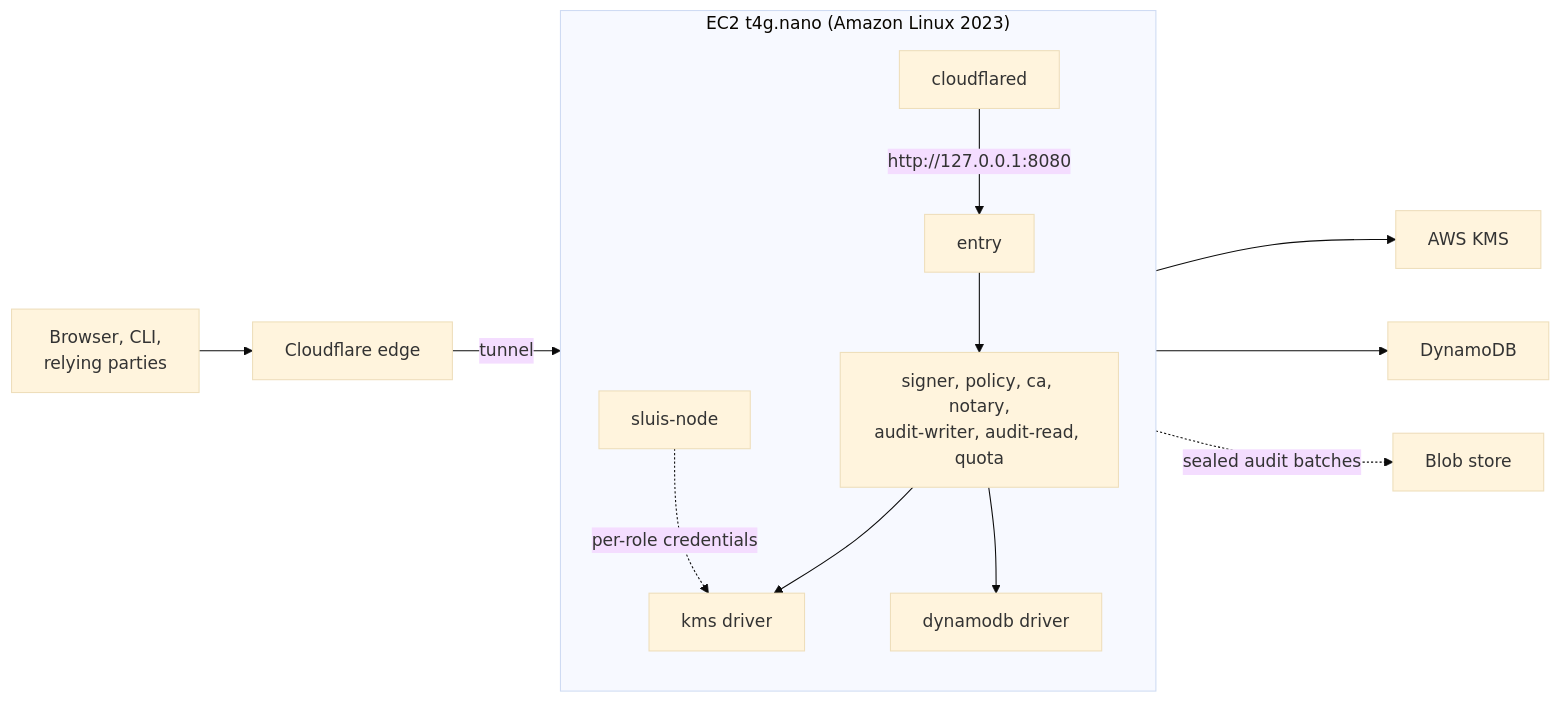
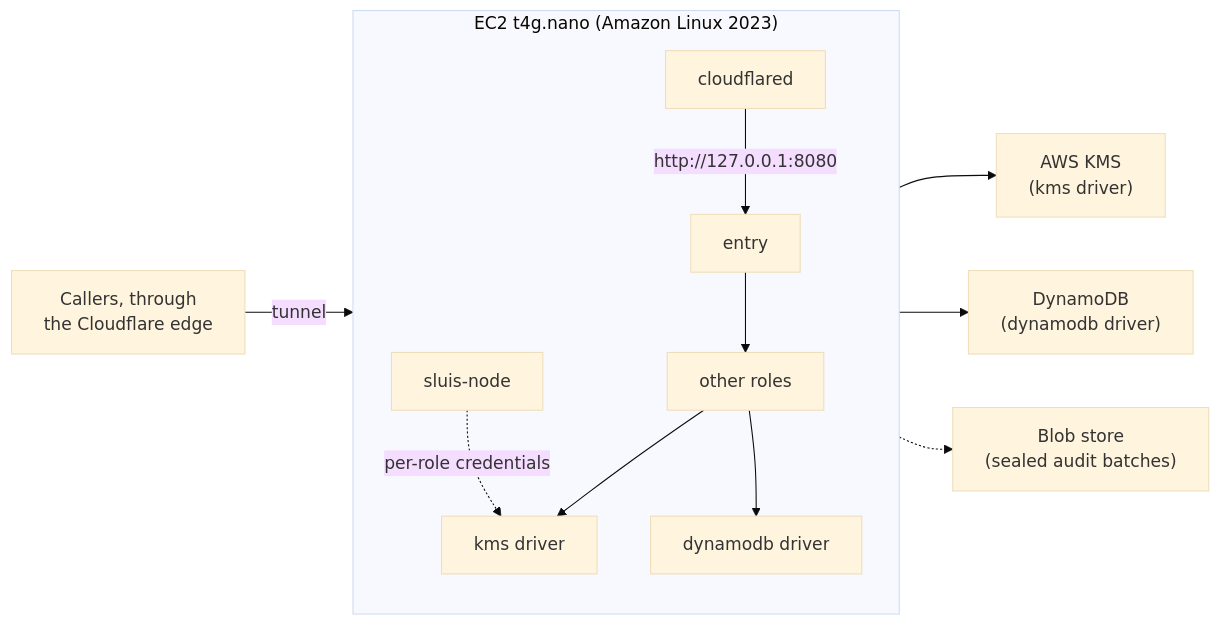
One commit to truvity/sluis changed the diagram in docs/shapes/aws-ec2-single.md. Above: the diagram before and after it, drawn with Mermaid (base theme). The commit also changed other lines of this file and 6 other files, not shown here.

First line of the commit message:
docs(site): split oversized diagrams into steps and shorten labels

````diff
--- a/docs/shapes/aws-ec2-single.md
+++ b/docs/shapes/aws-ec2-single.md
@@ -13,22 +13,21 @@
 ```mermaid
 flowchart LR
-  user["Browser, CLI,<br/>relying parties"] --> cf["Cloudflare edge"]
-  cf -- "tunnel" --> cfd
+  cf["Callers, through<br/>the Cloudflare edge"] -- "tunnel" --> ec2
   subgraph ec2["EC2 t4g.nano (Amazon Linux 2023)"]
     direction TB
     cfd["cloudflared"]
     entry["entry"]
-    roles["signer, policy, ca, notary,<br/>audit-writer, audit-read, quota"]
+    roles["other roles"]
     na["sluis-node"]
     kmsd["kms driver"]
     ddb["dynamodb driver"]
     cfd -- "http://127.0.0.1:8080" --> entry
     entry --> roles
     roles --> kmsd
     roles --> ddb
     na -. "per-role credentials" .-> kmsd
   end
-  kmsd --> kms["AWS KMS"]
-  ddb --> dyn["DynamoDB"]
-  roles -. "sealed audit batches" .-> s3["Blob store"]
+  ec2 --> kms["AWS KMS<br/>(kms driver)"]
+  ec2 --> dyn["DynamoDB<br/>(dynamodb driver)"]
+  ec2 -.-> s3["Blob store<br/>(sealed audit batches)"]
 ```
````
